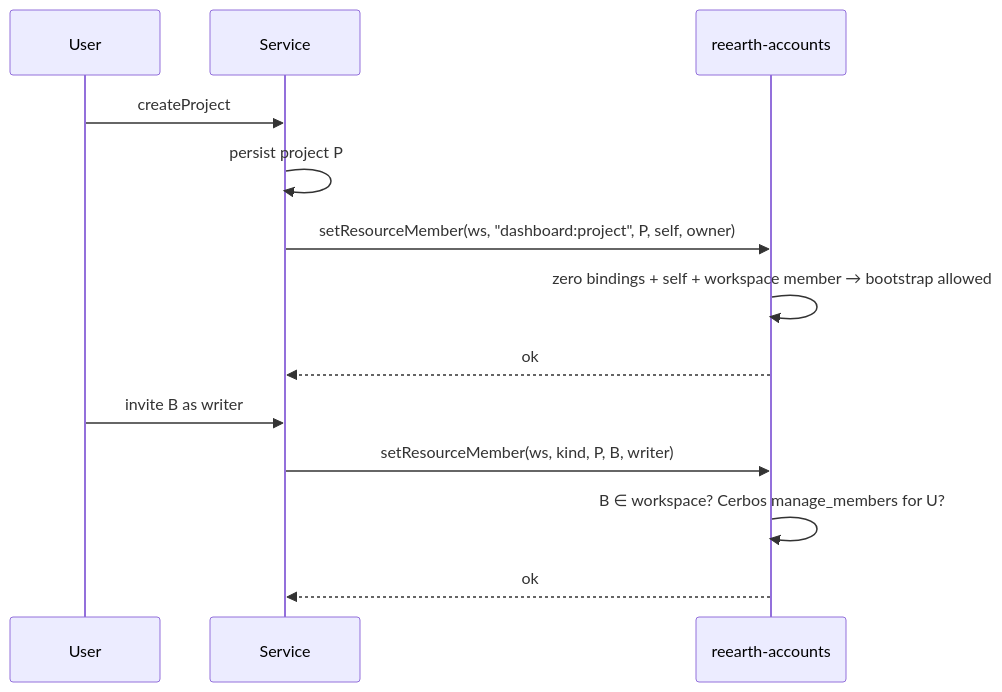
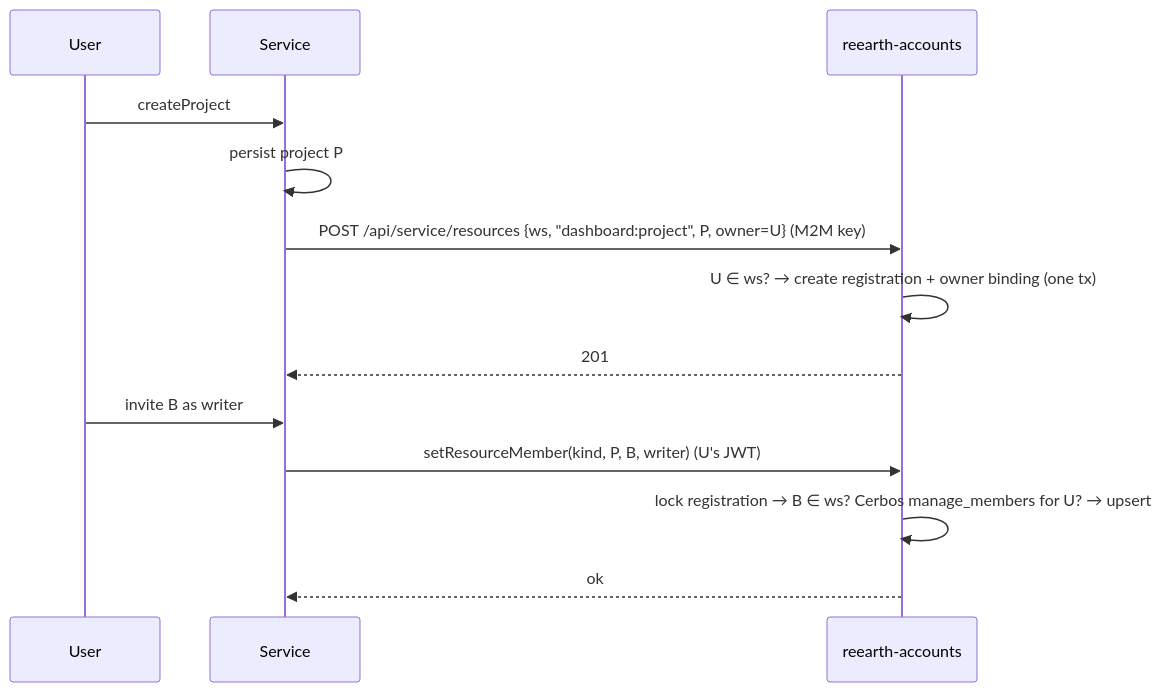
The second of 3 diagrams in server/docs/usecase/resource-role-binding.ja.md (reearth/reearth-accounts), drawn with Mermaid before and after one commit. The commit also changed other lines of this file and 1 other file, not shown here.

First line of the commit message:
docs(server): address Copilot review feedback on resource role binding design

````diff
--- a/server/docs/usecase/resource-role-binding.ja.md
+++ b/server/docs/usecase/resource-role-binding.ja.md
@@ -367,16 +451,16 @@
 ```mermaid
 sequenceDiagram
     participant U as User
     participant S as Service
     participant A as reearth-accounts
 
     U->>S: createProject
     S->>S: persist project P
-    S->>A: setResourceMember(ws, "dashboard:project", P, self, owner)
-    A->>A: zero bindings + self + workspace member → bootstrap allowed
-    A-->>S: ok
+    S->>A: POST /api/service/resources {ws, "dashboard:project", P, owner=U} (M2M key)
+    A->>A: U ∈ ws? → create registration + owner binding (one tx)
+    A-->>S: 201
     U->>S: invite B as writer
-    S->>A: setResourceMember(ws, kind, P, B, writer)
-    A->>A: B ∈ workspace? Cerbos manage_members for U?
+    S->>A: setResourceMember(kind, P, B, writer) (U's JWT)
+    A->>A: lock registration → B ∈ ws? Cerbos manage_members for U? → upsert
     A-->>S: ok
 ```
````
